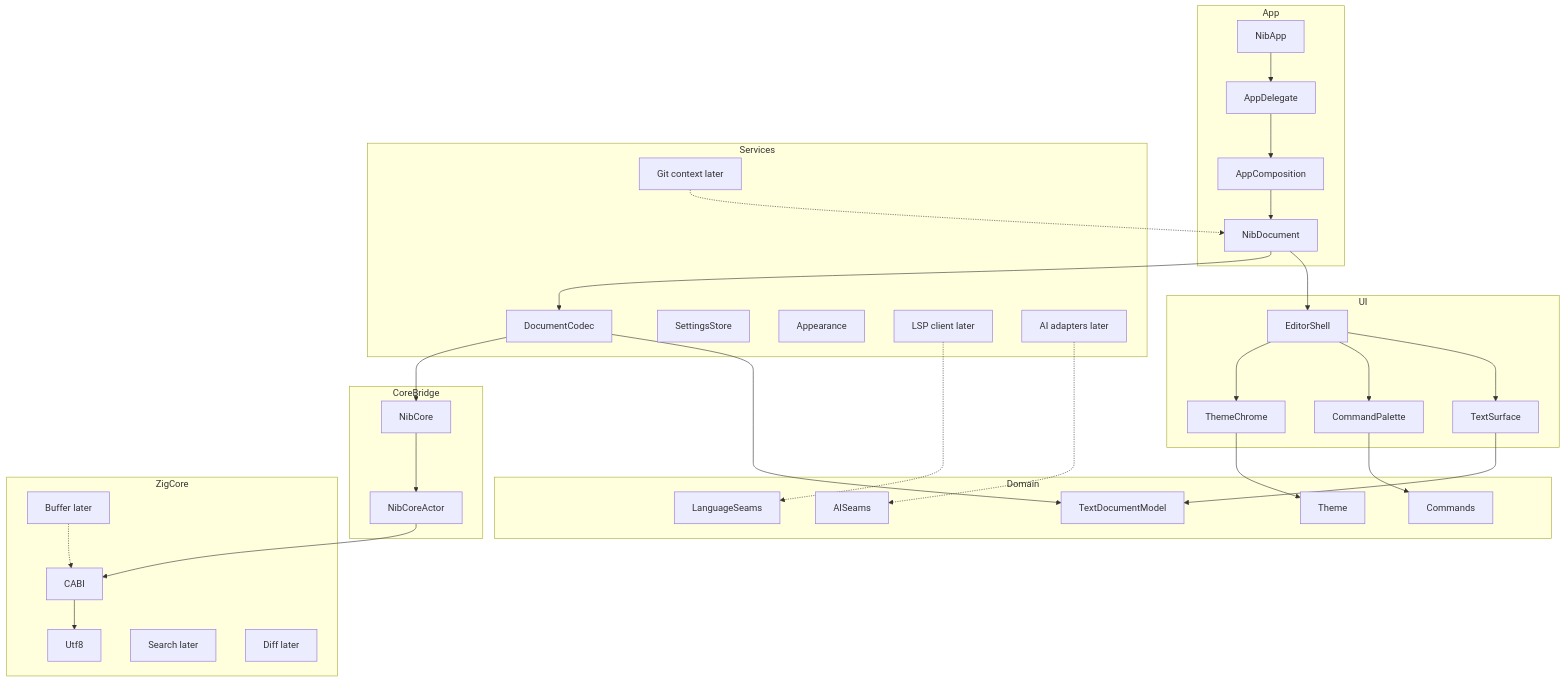
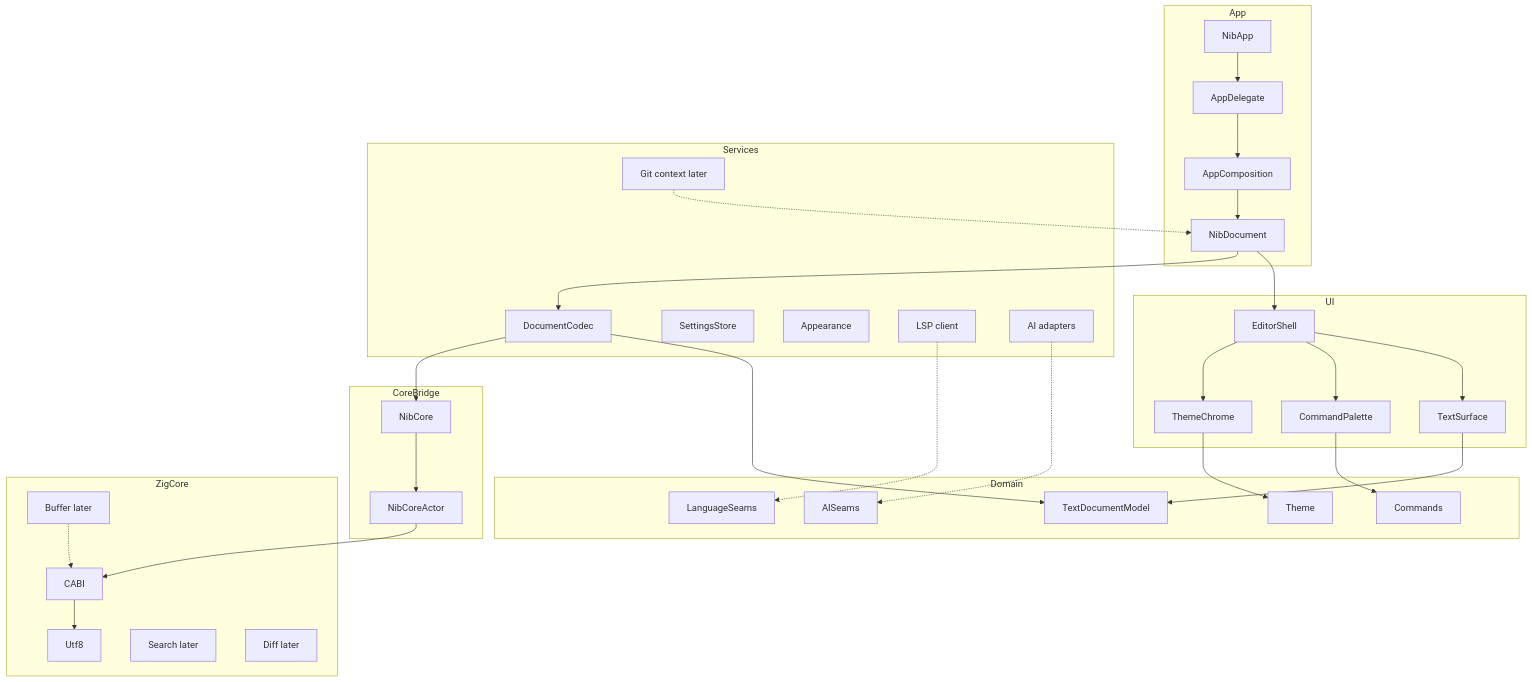
One commit to chasebank87/nib changed the first of 2 diagrams in ARCHITECTURE.md. Above: the diagram before and after it, drawn with Mermaid. The commit also changed 23 other files, not shown here.

````diff
--- a/ARCHITECTURE.md
+++ b/ARCHITECTURE.md
@@ -7,62 +7,62 @@
 ```mermaid
 flowchart TB
   subgraph appLayer [App]
     NibApp
     AppDelegate
     AppComposition
     NibDocument
   end
   subgraph uiLayer [UI]
     EditorShell
     TextSurface
     CommandPalette
     ThemeChrome
   end
   subgraph domainLayer [Domain]
     TextDocumentModel
     Theme
     Commands
     LanguageSeams
     AISeams
   end
   subgraph servicesLayer [Services]
     DocumentCodec
     SettingsStore
     Appearance
-    FutureLSP[LSP client later]
-    FutureAI[AI adapters later]
+    FutureLSP[LSP client]
+    FutureAI[AI adapters]
     FutureGit[Git context later]
   end
   subgraph bridgeLayer [CoreBridge]
     NibCore
     NibCoreActor
   end
   subgraph zigLayer [ZigCore]
     CABI
     Utf8
     FutureBuffer[Buffer later]
     FutureSearch[Search later]
     FutureDiff[Diff later]
   end
 
   NibApp --> AppDelegate
   AppDelegate --> AppComposition
   AppComposition --> NibDocument
   NibDocument --> EditorShell
   EditorShell --> TextSurface
   EditorShell --> CommandPalette
   EditorShell --> ThemeChrome
   ThemeChrome --> Theme
   TextSurface --> TextDocumentModel
   NibDocument --> DocumentCodec
   DocumentCodec --> TextDocumentModel
   DocumentCodec --> NibCore
   CommandPalette --> Commands
   NibCore --> NibCoreActor
   NibCoreActor --> CABI
   CABI --> Utf8
   FutureLSP -.-> LanguageSeams
   FutureAI -.-> AISeams
   FutureGit -.-> NibDocument
   FutureBuffer -.-> CABI
 ```
````
